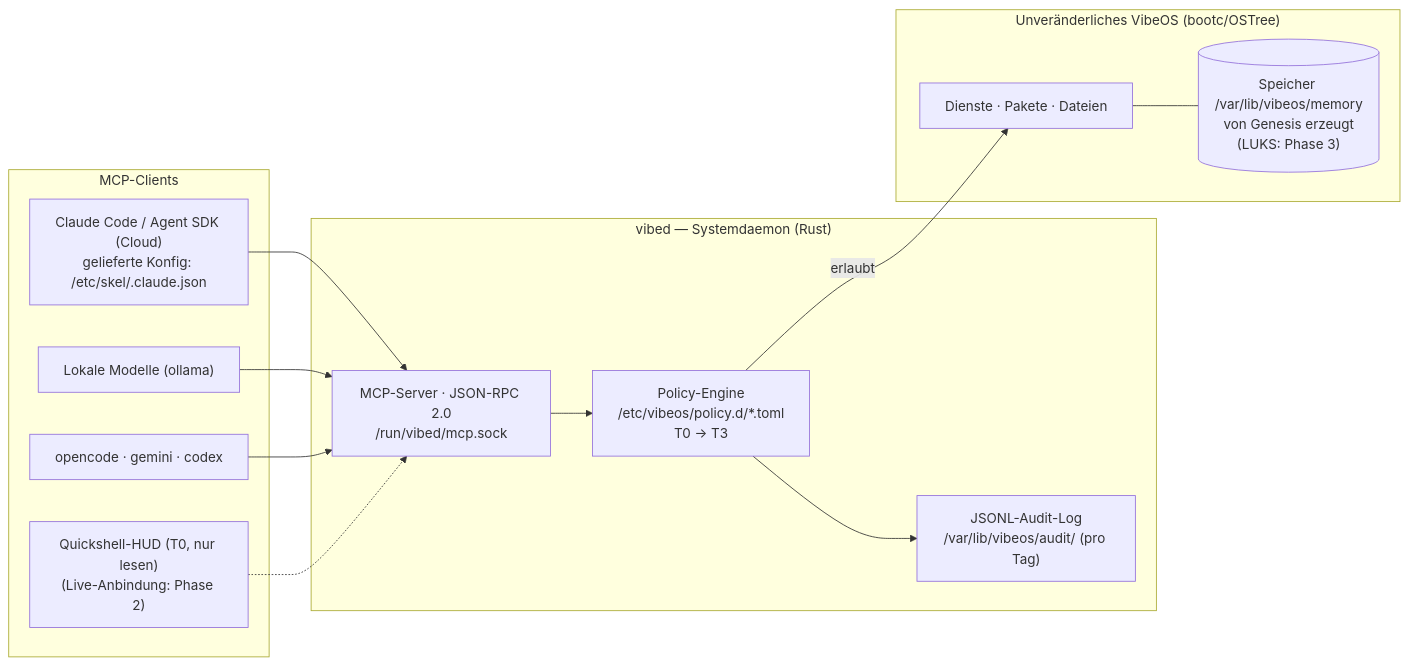
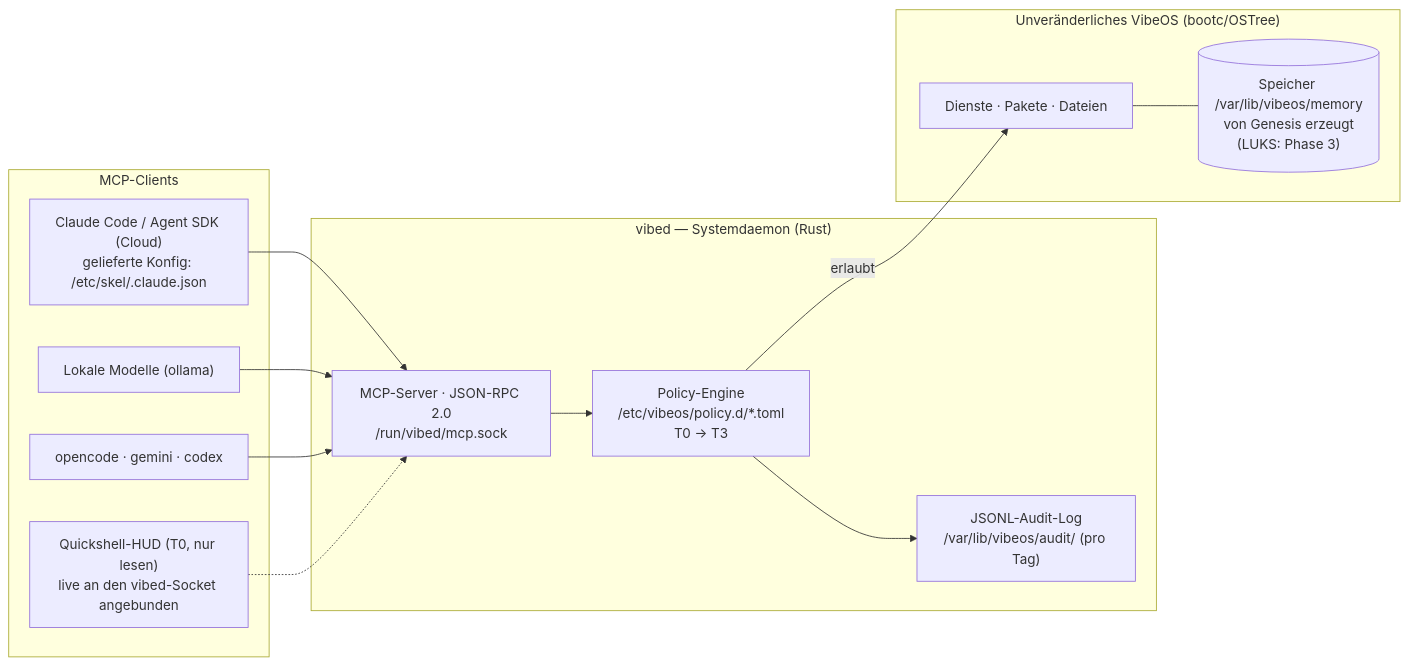
Before and after one commit to Micka420-collab/vibeos: the diagram in README.de.md, drawn with Mermaid. The commit also changed other lines of this file and 3 other files, not shown here.

````diff
--- a/README.de.md
+++ b/README.de.md
@@ -105,26 +110,26 @@
 ```mermaid
 flowchart LR
     subgraph AGENTS["MCP-Clients"]
         CC["Claude Code / Agent SDK (Cloud)<br/>gelieferte Konfig: /etc/skel/.claude.json"]
         OL["Lokale Modelle (ollama)"]
         AD["opencode · gemini · codex"]
-        HUD["Quickshell-HUD (T0, nur lesen)<br/>(Live-Anbindung: Phase 2)"]
+        HUD["Quickshell-HUD (T0, nur lesen)<br/>live an den vibed-Socket angebunden"]
     end
     subgraph VIBED["vibed — Systemdaemon (Rust)"]
         MCP["MCP-Server · JSON-RPC 2.0<br/>/run/vibed/mcp.sock"]
         POL["Policy-Engine<br/>/etc/vibeos/policy.d/*.toml<br/>T0 → T3"]
         AUD["JSONL-Audit-Log<br/>/var/lib/vibeos/audit/ (pro Tag)"]
     end
     subgraph OS["Unveränderliches VibeOS (bootc/OSTree)"]
         SYS["Dienste · Pakete · Dateien"]
         MEM[("Speicher /var/lib/vibeos/memory<br/>von Genesis erzeugt<br/>(LUKS: Phase 3)")]
     end
     CC --> MCP
     OL --> MCP
     AD --> MCP
     HUD -.-> MCP
     MCP --> POL
     POL -->|"erlaubt"| SYS
     POL --> AUD
     SYS --- MEM
 ```
````
